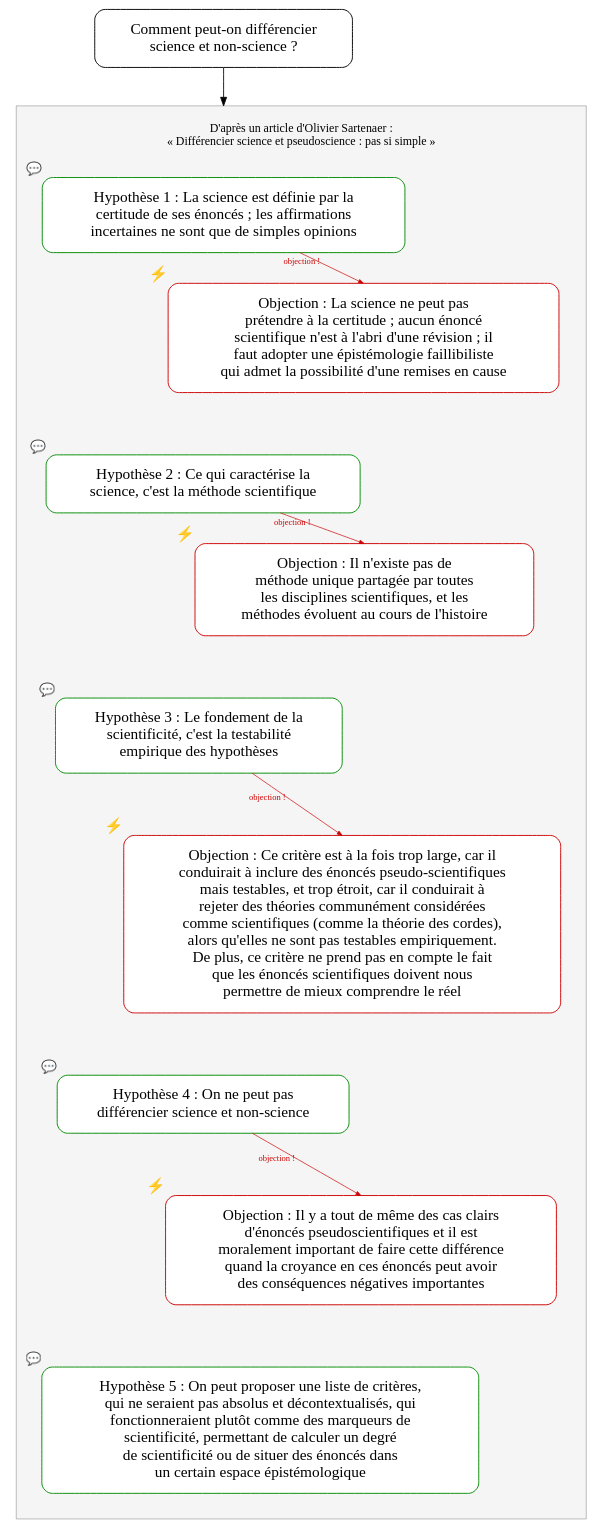
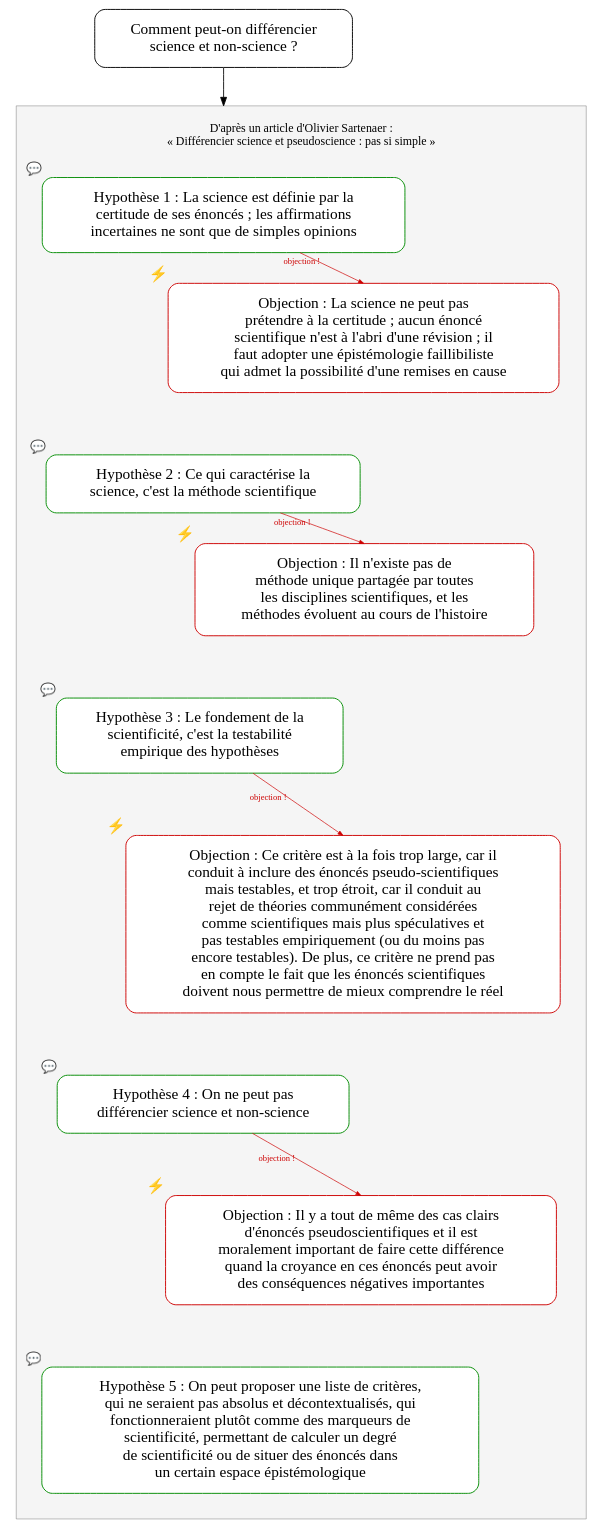
One commit to eyssette/graphviz-examples changed the diagram in conjectures-and-refutations/differencier-science-non-science.dot. Above: the diagram before and after it, drawn with Graphviz. The commit also changed 1 other file, not shown here.

```diff
--- a/conjectures-and-refutations/differencier-science-non-science.dot
+++ b/conjectures-and-refutations/differencier-science-non-science.dot
@@ -1,110 +1,110 @@
 digraph G {
 // Template : conjectures and refutations
 // Usage : 
 splines=polyline
 ranksep=0.5
 compound=true
 
 
 
 URL="https://theconversation.com/differencier-science-et-pseudoscience-pas-si-simple-142736"
 
 
 
 node[shape=box,style="filled,rounded",fillcolor=white,penwidth=1.1,fontsize=18,margin=0.2]
 
 titre[label="Comment peut-on différencier
 science et non-science ?"]
 
 node[color=green4,xlabel=<<font point-size="15">💬</font>>]
 
 titre->h1[minlen=2; lhead=cluster_0]
 
 subgraph cluster_0 {
 label="
 D'après un article d'Olivier Sartenaer :
 « Différencier science et pseudoscience : pas si simple »"
 style=filled
 color=grey40
 penwidth=0.5
 fillcolor=grey96
 margin=30
 
 
 h1[label="Hypothèse 1 : La science est définie par la
 certitude de ses énoncés ; les affirmations
 incertaines ne sont que de simples opinions"]
 h2[label="Hypothèse 2 : Ce qui caractérise la
 science, c'est la méthode scientifique
 "]
 h3[label="Hypothèse 3 : Le fondement de la
 scientificité, c'est la testabilité
 empirique des hypothèses"]
 h4[label="Hypothèse 4 : On ne peut pas
 différencier science et non-science"]
 h5[label="Hypothèse 5 : On peut proposer une liste de critères,
 qui ne seraient pas absolus et décontextualisés, qui
 fonctionneraient plutôt comme des marqueurs de
 scientificité, permettant de calculer un degré
 de scientificité ou de situer des énoncés dans
 un certain espace épistémologique"]
 
 
 node[color=red3,xlabel="⚡"]
 o1[label="Objection : La science ne peut pas
 prétendre à la certitude ; aucun énoncé
 scientifique n'est à l'abri d'une révision ; il
 faut adopter une épistémologie faillibiliste
 qui admet la possibilité d'une remises en cause"]
 o2[label="Objection : Il n'existe pas de
 méthode unique partagée par toutes
 les disciplines scientifiques, et les
 méthodes évoluent au cours de l'histoire"]
 o3[label="Objection : Ce critère est à la fois trop large, car il
-conduirait à inclure des énoncés pseudo-scientifiques
-mais testables, et trop étroit, car il conduirait à
-rejeter des théories communément considérées
-comme scientifiques (comme la théorie des cordes),
-alors qu'elles ne sont pas testables empiriquement.
-De plus, ce critère ne prend pas en compte le fait
-que les énoncés scientifiques doivent nous
-permettre de mieux comprendre le réel"]
+conduit à inclure des énoncés pseudo-scientifiques
+mais testables, et trop étroit, car il conduit au
+rejet de théories communément considérées
+comme scientifiques mais plus spéculatives et
+pas testables empiriquement (ou du moins pas
+encore testables). De plus, ce critère ne prend pas
+en compte le fait que les énoncés scientifiques
+doivent nous permettre de mieux comprendre le réel"]
 o4[label="Objection : Il y a tout de même des cas clairs
 d'énoncés pseudoscientifiques et il est
 moralement important de faire cette différence
 quand la croyance en ces énoncés peut avoir
 des conséquences négatives importantes"]
 
 vide1[style=invis]
 {rank=same;vide1->o1[style=invis]}
 
 
 edge[penwidth=0.8,arrowsize=0.6]
 
 edge[color=red3,headport=w,style=invis]
 h1->o1
 h2->o2
 h3->o3
 h4->o4
 
 edge[color=green4,headport=e]
 o1->h2[minlen=2]
 o2->h3[minlen=2]
 o3->h3[minlen=2]
 o4->h4[minlen=2]
 
 edge[color=red3,constraint=false,style=vis,headport=n,xlabel=<<font point-size="10" color="red3">objection !</font>>]
 h1->o1
 h2->o2
 h3->o3
 h4->o4
 
 edge[color=green4,constraint=false,style=vis,headport=n,xlabel=<<font point-size="11" color="green4">réponse</font>>]
 
 edge[constraint=true,style=invis]
 o3->{h4;vide2}[minlen=2]
 vide2[style=invis]
 o4->{h5;vide3}[minlen=2]
 vide3[style=invis]
 }
 }
```
